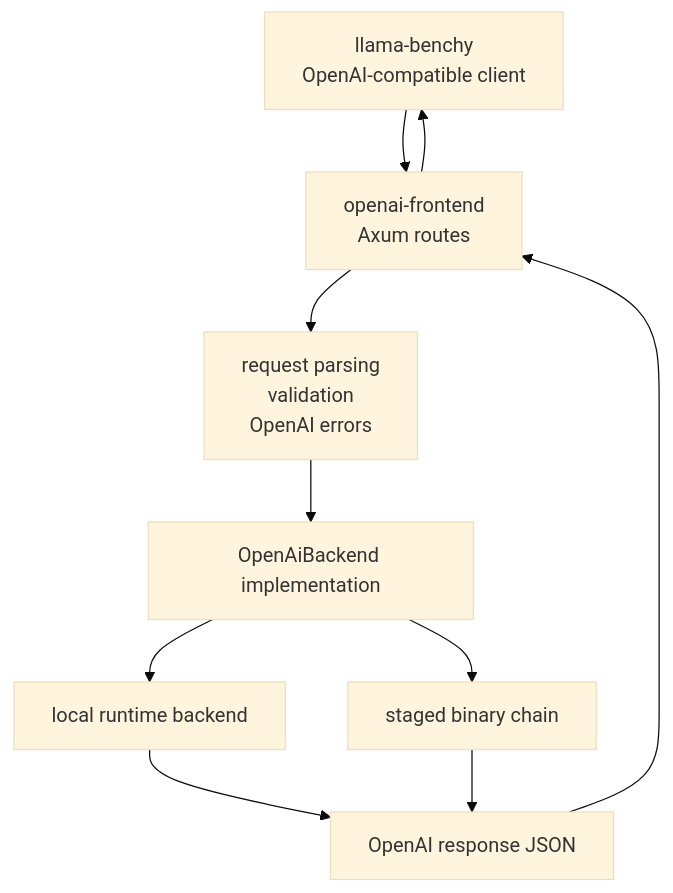
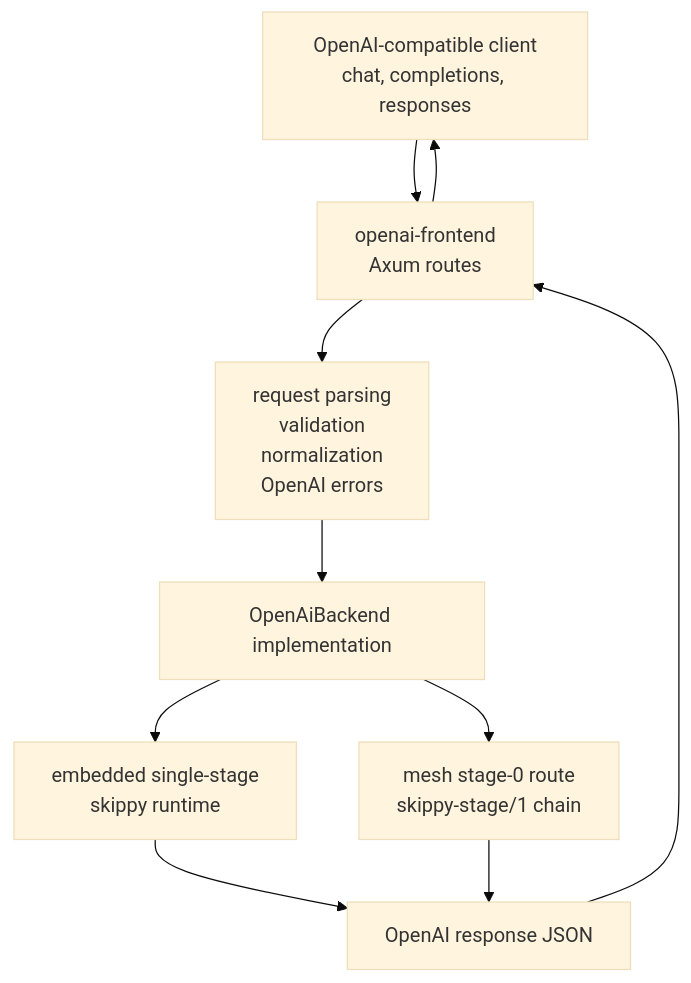
The diagram in crates/openai-frontend/README.md (michaelneale/mesh-llm), drawn with Mermaid (base theme) before and after one commit. The commit also changed other lines of this file and 16 other files, not shown here.

Commit message:
Refactor documentation across crates for mesh-driven architecture, OpenAI API integration, and staged runtime updates.

````diff
--- a/crates/openai-frontend/README.md
+++ b/crates/openai-frontend/README.md
@@ -51,12 +52,12 @@
 ```mermaid
 flowchart TB
-    C["llama-benchy<br/>OpenAI-compatible client"] --> R["openai-frontend<br/>Axum routes"]
-    R --> Parse["request parsing<br/>validation<br/>OpenAI errors"]
+    C["OpenAI-compatible client<br/>chat, completions, responses"] --> R["openai-frontend<br/>Axum routes"]
+    R --> Parse["request parsing<br/>validation<br/>normalization<br/>OpenAI errors"]
     Parse --> B["OpenAiBackend implementation"]
-    B --> Local["local runtime backend"]
-    B --> Chain["staged binary chain"]
+    B --> Local["embedded single-stage<br/>skippy runtime"]
+    B --> Chain["mesh stage-0 route<br/>skippy-stage/1 chain"]
     Local --> Resp["OpenAI response JSON"]
     Chain --> Resp
     Resp --> R
     R --> C
 ```
````
